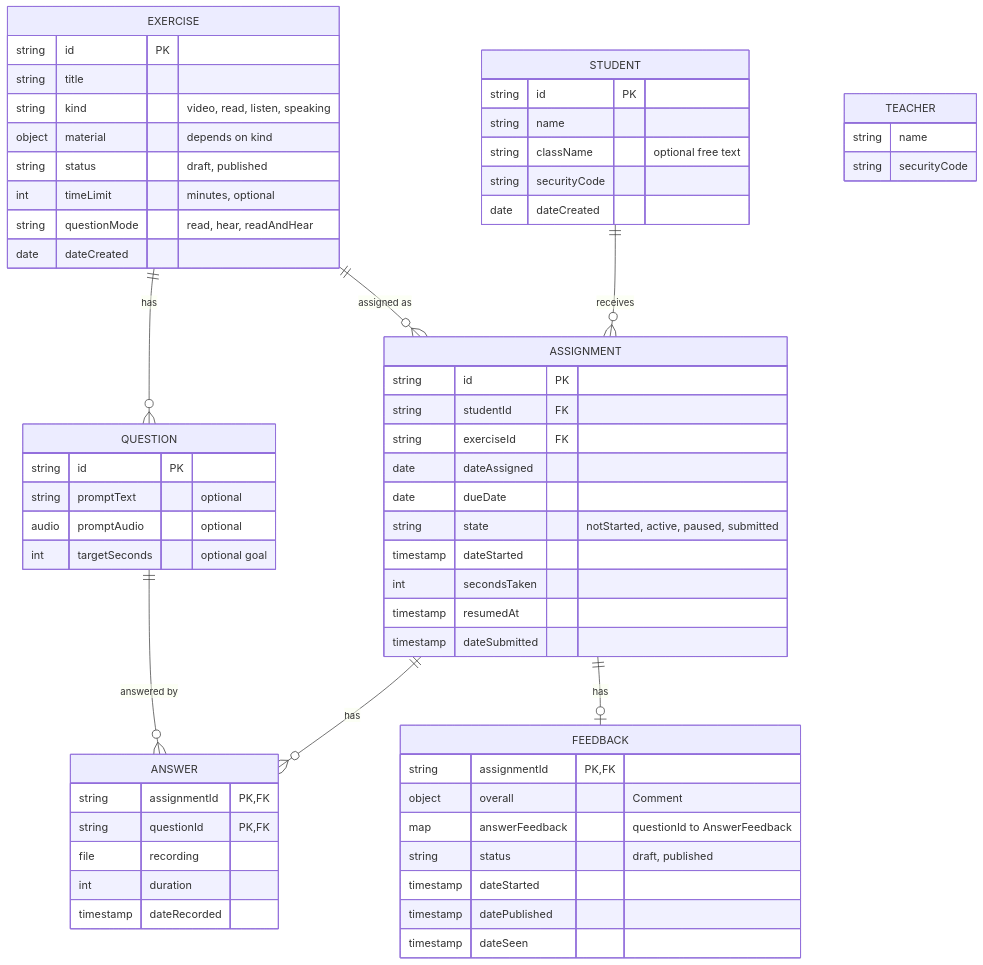
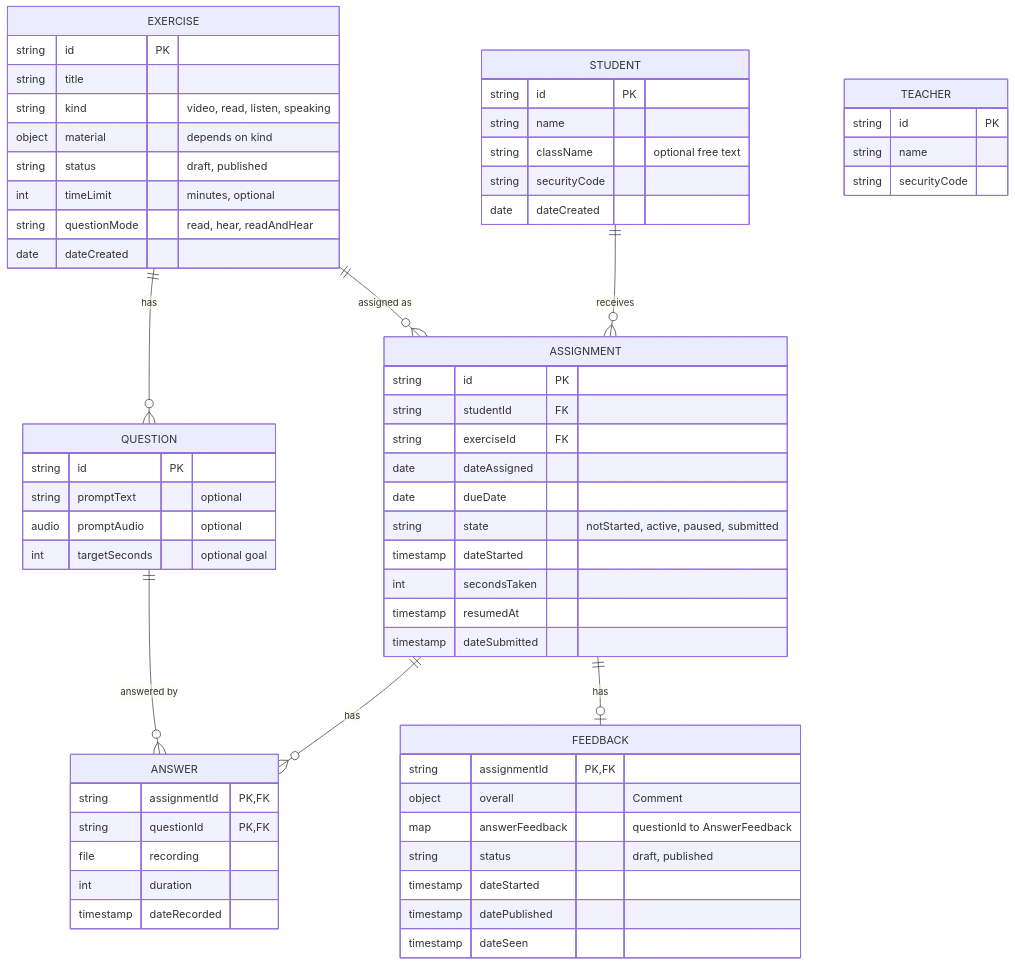
The diagram in docs/data-model.md (jmagaram/hamorahlimor-prototype), drawn with Mermaid before and after one commit. The commit also changed other lines of this file and 11 other files, not shown here.

````diff
--- a/docs/data-model.md
+++ b/docs/data-model.md
@@ -5,64 +5,65 @@
 ```mermaid
 erDiagram
   STUDENT ||--o{ ASSIGNMENT : receives
   EXERCISE ||--o{ ASSIGNMENT : "assigned as"
   EXERCISE ||--o{ QUESTION : has
   ASSIGNMENT ||--o{ ANSWER : has
   QUESTION ||--o{ ANSWER : "answered by"
   ASSIGNMENT ||--o| FEEDBACK : has
   TEACHER {
+    string id PK
     string name
     string securityCode
   }
   STUDENT {
     string id PK
     string name
     string className "optional free text"
     string securityCode
     date dateCreated
   }
   EXERCISE {
     string id PK
     string title
     string kind "video, read, listen, speaking"
     object material "depends on kind"
     string status "draft, published"
     int timeLimit "minutes, optional"
     string questionMode "read, hear, readAndHear"
     date dateCreated
   }
   QUESTION {
     string id PK
     string promptText "optional"
     audio promptAudio "optional"
     int targetSeconds "optional goal"
   }
   ASSIGNMENT {
     string id PK
     string studentId FK
     string exerciseId FK
     date dateAssigned
     date dueDate
     string state "notStarted, active, paused, submitted"
     timestamp dateStarted
     int secondsTaken
     timestamp resumedAt
     timestamp dateSubmitted
   }
   ANSWER {
     string assignmentId PK, FK
     string questionId PK, FK
     file recording
     int duration
     timestamp dateRecorded
   }
   FEEDBACK {
     string assignmentId PK, FK
     object overall "Comment"
     map answerFeedback "questionId to AnswerFeedback"
     string status "draft, published"
     timestamp dateStarted
     timestamp datePublished
     timestamp dateSeen
   }
 ```
````
